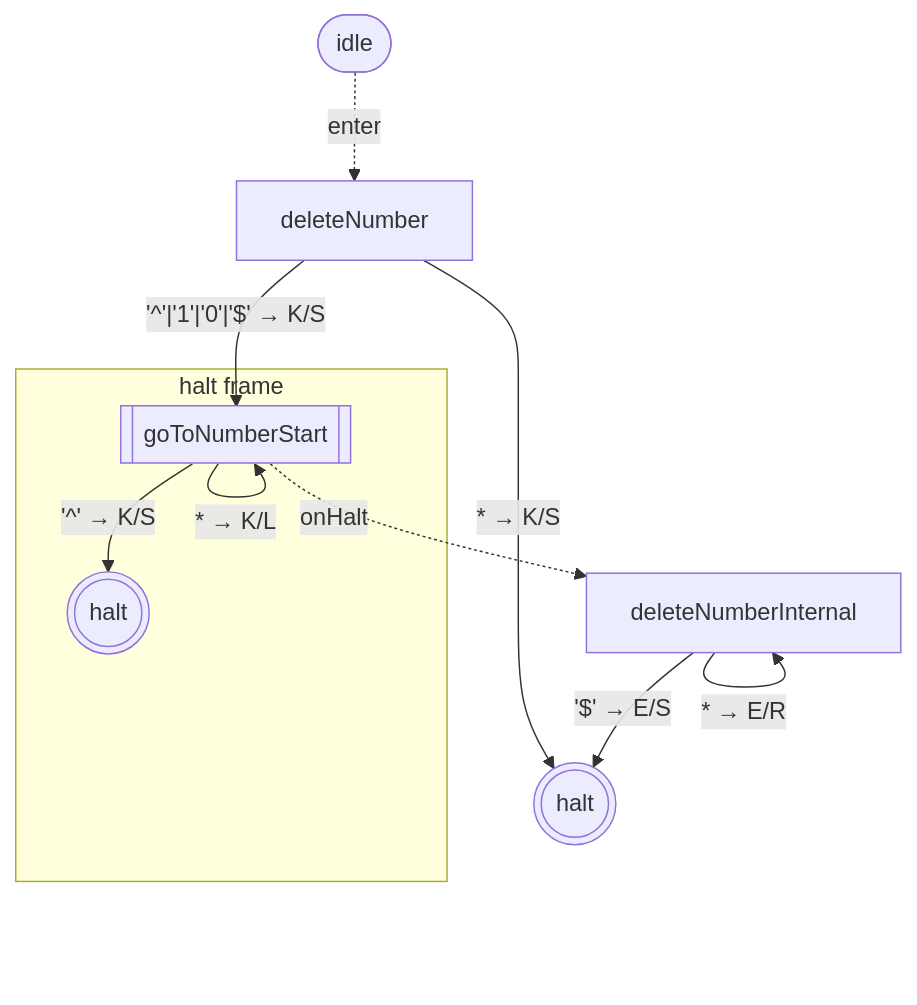
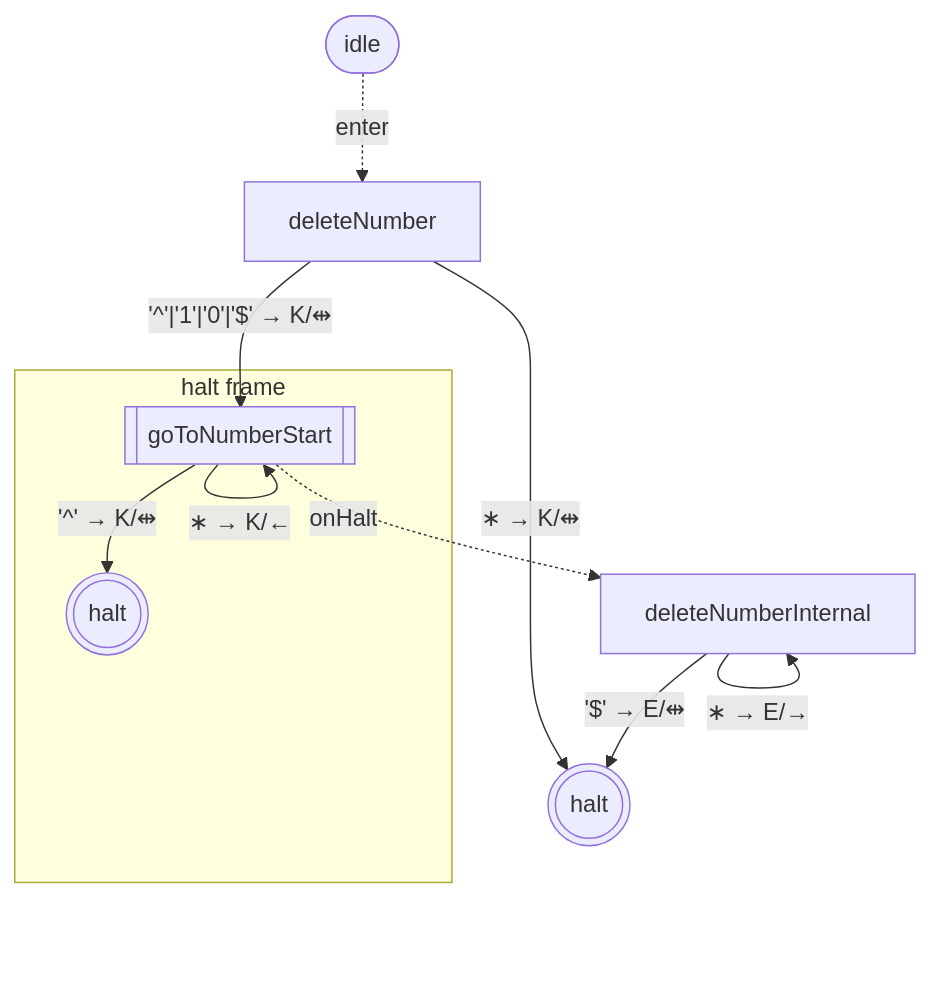
Before and after one commit to mellonis/turing-machine-js: the fourth of 10 diagrams in packages/library-binary-numbers/states.md, drawn with Mermaid. The commit also changed other lines of this file and 6 other files, not shown here.

````diff
--- a/packages/library-binary-numbers/states.md
+++ b/packages/library-binary-numbers/states.md
@@ -56,20 +56,20 @@
 ```mermaid
 flowchart TD
 %% alphabets: [[" ","^","$","0","1"]]
   s0(((halt)))
   s6["deleteNumberInternal"]
   s8["deleteNumber"]
   idle([idle])
   subgraph w_7["halt frame"]
     s7[["goToNumberStart"]]
     c7(((halt)))
   end
   idle -. enter .-> s8
-  s6 -- "'$' → E/S" --> s0
-  s6 -- "* → E/R" --> s6
-  s7 -- "'^' → K/S" --> c7
-  s7 -- "* → K/L" --> s7
+  s6 -- "'$' → E/⇹" --> s0
+  s6 -- "∗ → E/→" --> s6
+  s7 -- "'^' → K/⇹" --> c7
+  s7 -- "∗ → K/←" --> s7
   s7 -. onHalt .-> s6
-  s8 -- "'^'|'1'|'0'|'$' → K/S" --> s7
-  s8 -- "* → K/S" --> s0
+  s8 -- "'^'|'1'|'0'|'$' → K/⇹" --> s7
+  s8 -- "∗ → K/⇹" --> s0
 ```
````
